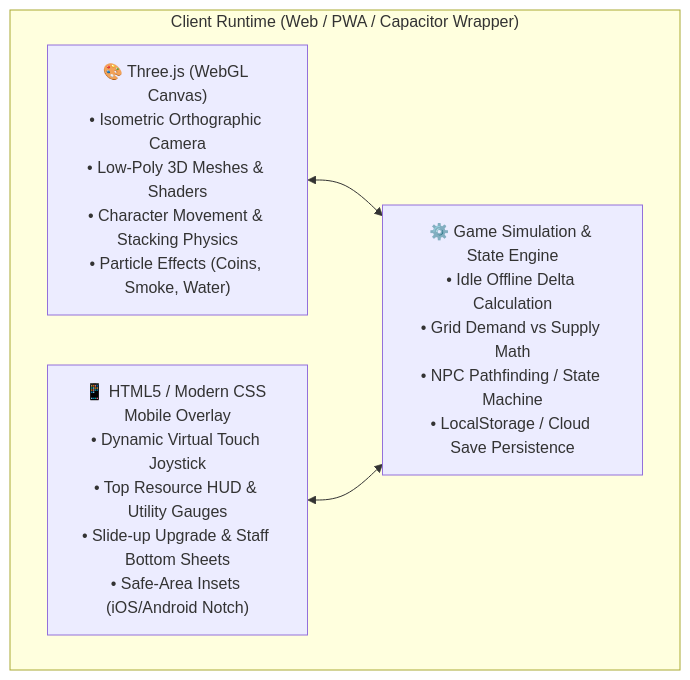
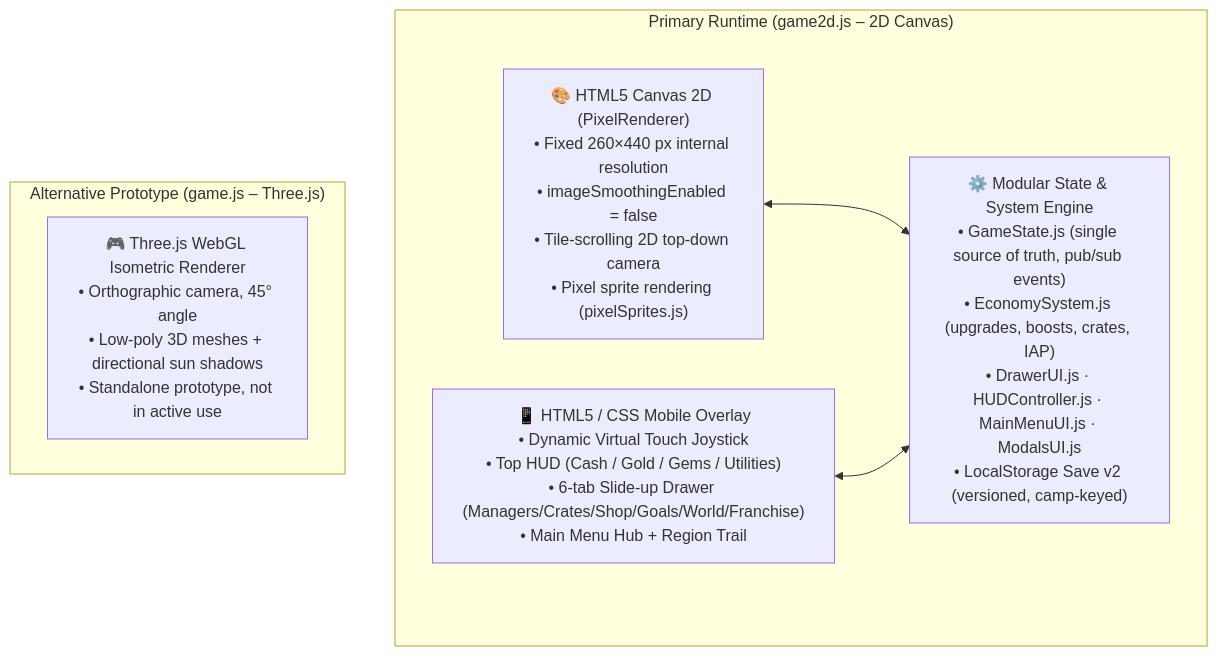
One commit to CitdGame/campers-game-multiplayer-prototype changed the second of 2 diagrams in docs/GDD_Campers_Idle.md. Above: the diagram before and after it, drawn with Mermaid. The commit also changed other lines of this file and 25 other files, not shown here.

````diff
--- a/docs/GDD_Campers_Idle.md
+++ b/docs/GDD_Campers_Idle.md
@@ -219,10 +424,13 @@
 ```mermaid
 graph TD
-    subgraph BrowserEngine ["Client Runtime (Web / PWA / Capacitor Wrapper)"]
-        T3["🎨 Three.js (WebGL Canvas)<br>• Isometric Orthographic Camera<br>• Low-Poly 3D Meshes & Shaders<br>• Character Movement & Stacking Physics<br>• Particle Effects (Coins, Smoke, Water)"]
-        UI["📱 HTML5 / Modern CSS Mobile Overlay<br>• Dynamic Virtual Touch Joystick<br>• Top Resource HUD & Utility Gauges<br>• Slide-up Upgrade & Staff Bottom Sheets<br>• Safe-Area Insets (iOS/Android Notch)"]
-        SIM["⚙️ Game Simulation & State Engine<br>• Idle Offline Delta Calculation<br>• Grid Demand vs Supply Math<br>• NPC Pathfinding / State Machine<br>• LocalStorage / Cloud Save Persistence"]
+    subgraph PrimaryRenderer ["Primary Runtime (game2d.js – 2D Canvas)"]
+        C2D["🎨 HTML5 Canvas 2D (PixelRenderer)<br>• Fixed 260×440 px internal resolution<br>• imageSmoothingEnabled = false<br>• Tile-scrolling 2D top-down camera<br>• Pixel sprite rendering (pixelSprites.js)"]
+        UI["📱 HTML5 / CSS Mobile Overlay<br>• Dynamic Virtual Touch Joystick<br>• Top HUD (Cash / Gold / Gems / Utilities)<br>• 6-tab Slide-up Drawer (Managers/Crates/Shop/Goals/World/Franchise)<br>• Main Menu Hub + Region Trail"]
+        SIM["⚙️ Modular State & System Engine<br>• GameState.js (single source of truth, pub/sub events)<br>• EconomySystem.js (upgrades, boosts, crates, IAP)<br>• DrawerUI.js · HUDController.js · MainMenuUI.js · ModalsUI.js<br>• LocalStorage Save v2 (versioned, camp-keyed)"]
     end
-    T3 <--> SIM
+    subgraph AltRenderer ["Alternative Prototype (game.js – Three.js)"]
+        T3["🎮 Three.js WebGL Isometric Renderer<br>• Orthographic camera, 45° angle<br>• Low-poly 3D meshes + directional sun shadows<br>• Standalone prototype, not in active use"]
+    end
+    C2D <--> SIM
     UI <--> SIM
 ```
````
